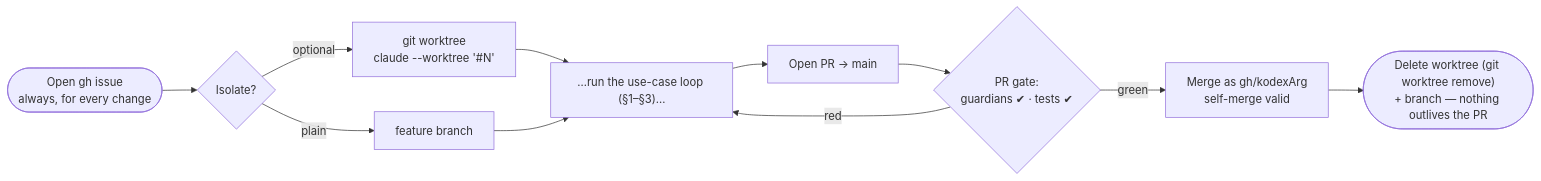
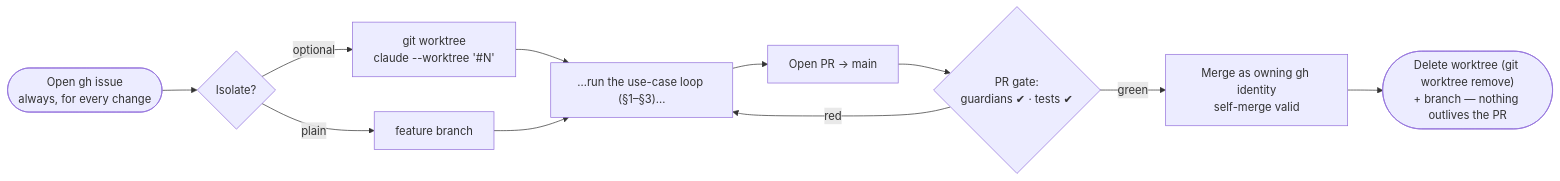
The second of 5 diagrams in docs/DEVELOPMENT-LOOP.md (jereezquerro92/alvs-feedlot-campo), drawn with Mermaid before and after one commit. The commit also changed 8 other files, not shown here.

First line of the commit message:
docs(doctrine): the owning account is a per-repository fact, not kodexArg (#55)

````diff
--- a/docs/DEVELOPMENT-LOOP.md
+++ b/docs/DEVELOPMENT-LOOP.md
@@ -69,13 +69,13 @@
 ```mermaid
 flowchart LR
     ISS(["Open gh issue<br/>always, for every change"]) --> WT{"Isolate?"}
     WT -->|optional| WK["git worktree<br/>claude --worktree '#N'"]
     WT -->|plain| BR["feature branch"]
     WK --> WORK["…run the use-case loop (§1–§3)…"]
     BR --> WORK
     WORK --> PR["Open PR → main"]
     PR --> GATE{"PR gate:<br/>guardians ✔ · tests ✔"}
     GATE -->|red| WORK
-    GATE -->|green| MERGE["Merge as gh/kodexArg<br/>self-merge valid"]
+    GATE -->|green| MERGE["Merge as owning gh identity<br/>self-merge valid"]
     MERGE --> CLEAN(["Delete worktree (git worktree remove)<br/>+ branch — nothing outlives the PR"])
 ```
````
